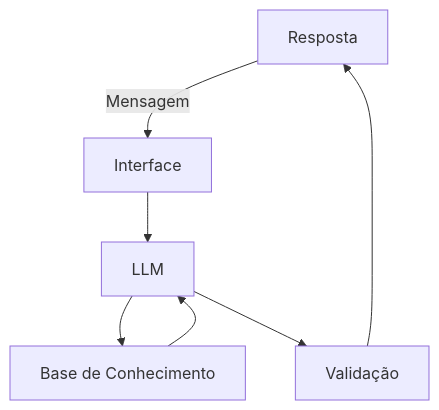
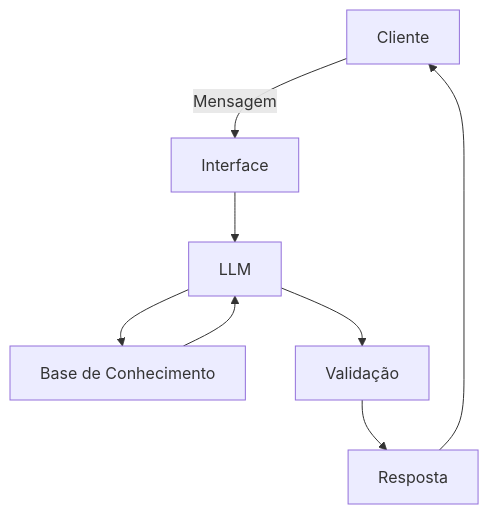
Before and after one commit to GuilhermeANunes/BIA_PJ: the diagram in docs/01-documentacao-agente.md, drawn with Mermaid. The commit also changed other lines of this file, not shown here.

Commit message:
Enhance greeting example and response flow
Updated greeting example to include customer name and modified response flow.

````diff
--- a/docs/01-documentacao-agente.md
+++ b/docs/01-documentacao-agente.md
@@ -48,9 +48,10 @@
 ```mermaid
 flowchart TD
     A[Cliente] -->|Mensagem| B[Interface]
     B --> C[LLM]
     C --> D[Base de Conhecimento]
     D --> C
     C --> E[Validação]
-    E --> A[Resposta]
+    E --> F[Resposta]
+    F --> A
 ```
````
